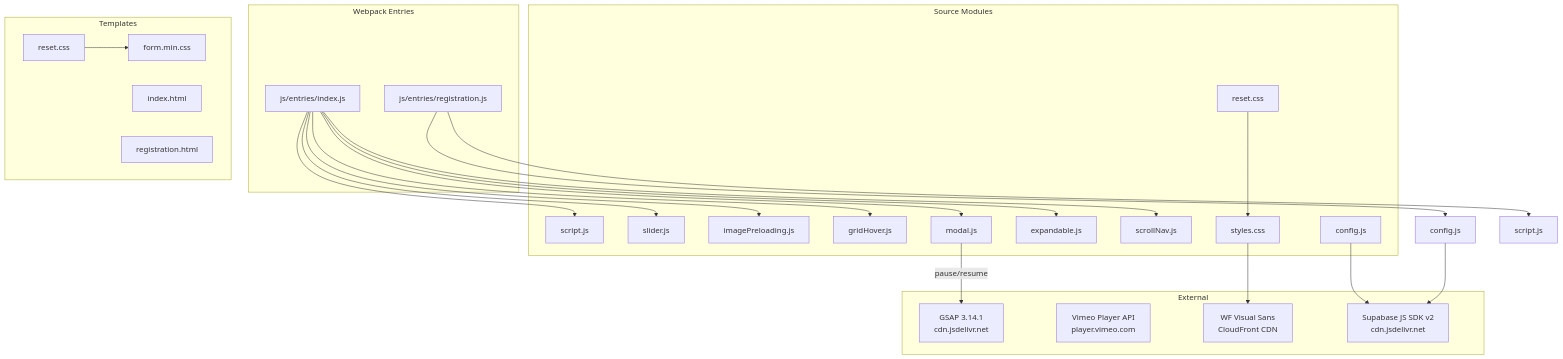
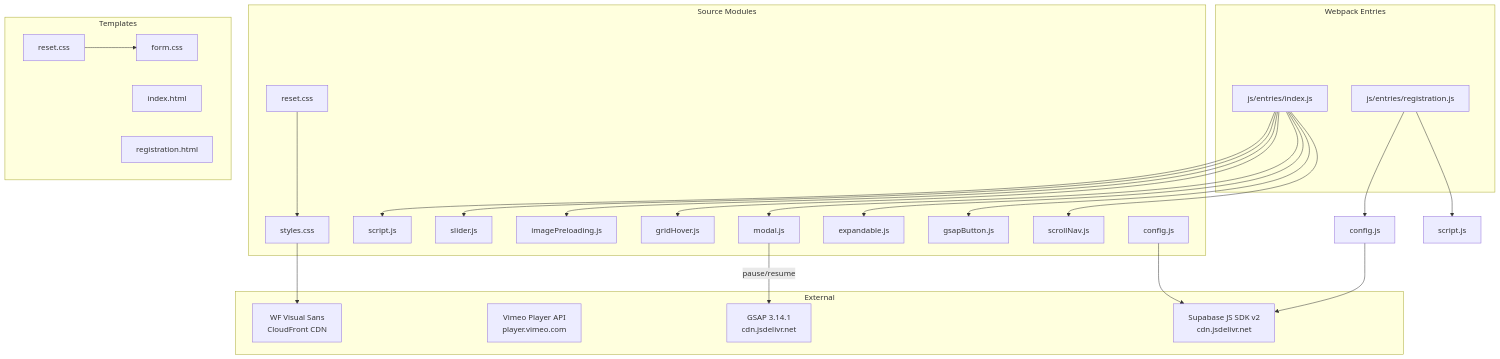
One commit to hoangngo-sudo/drincatuic changed the second of 3 diagrams in README.md. Above: the diagram before and after it, drawn with Mermaid. The commit also changed other lines of this file, not shown here.

````diff
--- a/README.md
+++ b/README.md
@@ -53,48 +53,50 @@
 ```mermaid
 graph TD
     subgraph External
         SUPA["Supabase JS SDK v2<br/>cdn.jsdelivr.net"]
         VIMEO["Vimeo Player API<br/>player.vimeo.com"]
         FONT["WF Visual Sans<br/>CloudFront CDN"]
         GSAP["GSAP 3.14.1<br/>cdn.jsdelivr.net"]
     end
 
     subgraph "Webpack Entries"
         IDXE["js/entries/index.js"]
         REGE["js/entries/registration.js"]
     end
 
     subgraph "Source Modules"
         RESET1[reset.css] --> STYLES[styles.css]
         SCRIPT[script.js]
         SLIDER[slider.js]
         IMGPRE[imagePreloading.js]
         GRIDHOV[gridHover.js]
         MODAL[modal.js]
         EXPAND[expandable.js]
+        GSAPBTN[gsapButton.js]
         SCROLLNAV[scrollNav.js]
         CONFIG1[config.js]
     end
 
     subgraph "Templates"
-        RESET2[reset.css] --> FORMCSS[form.min.css]
+        RESET2[reset.css] --> FORMCSS[form.css]
         IDXHTML[index.html]
         REGHTML[registration.html]
     end
 
     IDXE --> SCRIPT
     IDXE --> SLIDER
     IDXE --> IMGPRE
     IDXE --> GRIDHOV
     IDXE --> MODAL
     IDXE --> EXPAND
+    IDXE --> GSAPBTN
     IDXE --> SCROLLNAV
 
     REGE --> CONFIG2[config.js]
     REGE --> SCRIPT2[script.js]
 
     CONFIG1 --> SUPA
     CONFIG2 --> SUPA
     STYLES --> FONT
     MODAL --> |pause/resume| GSAP
 ```
````
